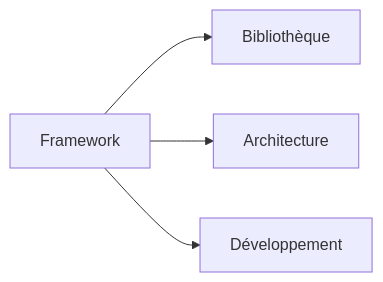
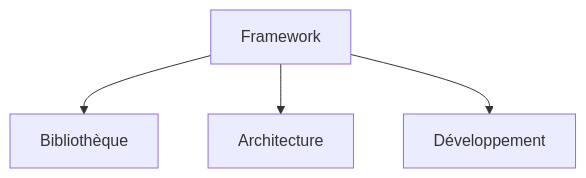
Before and after one commit to zyrass/omnydocs: diagram 15 of 38 in docs/glossaire/bases-fondamentales.md, drawn with Mermaid. The commit also changed other lines of this file and 1780 other files, not shown here.

````diff
--- a/docs/glossaire/bases-fondamentales.md
+++ b/docs/glossaire/bases-fondamentales.md
@@ -295,6 +357,6 @@
-    ```mermaid
-    graph LR
-        A[Framework] --> B[Bibliothèque]
-        A --> C[Architecture]
-        A --> D[Développement]
-    ```
+```mermaid
+graph TB
+    A[Framework] --> B[Bibliothèque]
+    A --> C[Architecture]
+    A --> D[Développement]
+```
````
